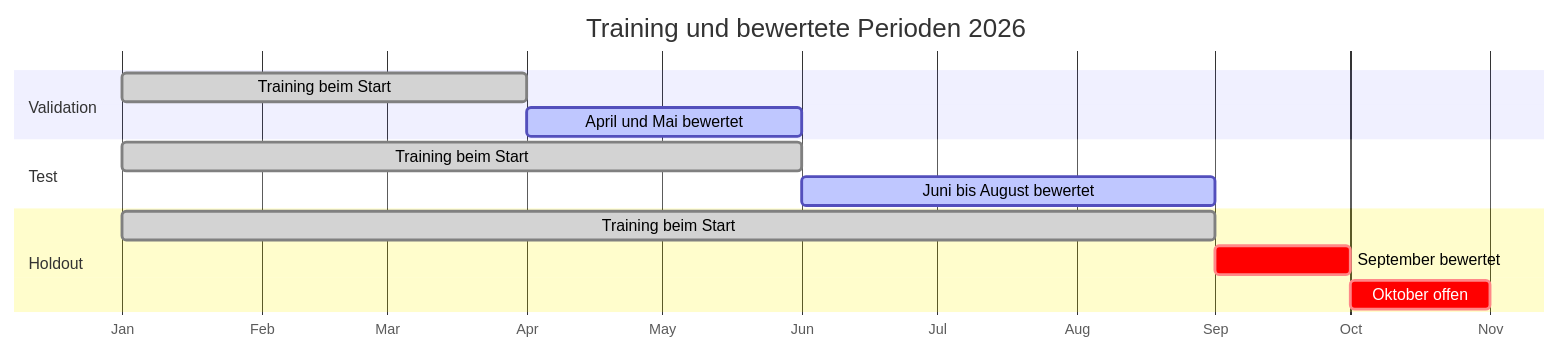
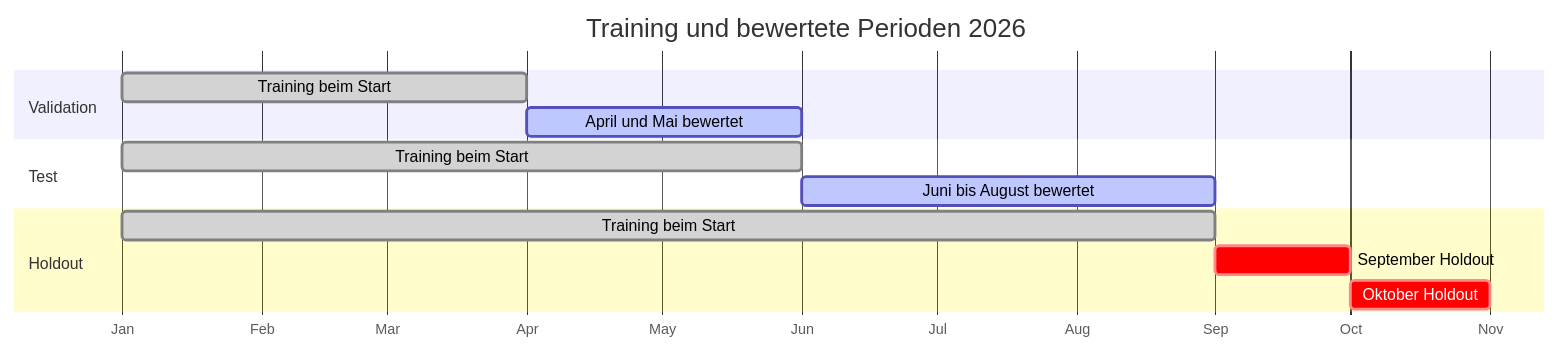
Before and after one commit to ibidreli/energy_price_prediction: the second of 2 diagrams in docs/training_pipeline.md, drawn with Mermaid. The commit also changed other lines of this file and 2 other files, not shown here.

````diff
--- a/docs/training_pipeline.md
+++ b/docs/training_pipeline.md
@@ -22,20 +22,20 @@
 ```mermaid
 gantt
     title Training und bewertete Perioden 2026
     dateFormat YYYY-MM-DD
     axisFormat %b
     tickInterval 1month
 
     section Validation
     Training beim Start      :done, 2026-01-01, 2026-04-01
     April und Mai bewertet   :active, 2026-04-01, 2026-06-01
 
     section Test
     Training beim Start      :done, 2026-01-01, 2026-06-01
     Juni bis August bewertet :active, 2026-06-01, 2026-09-01
 
     section Holdout
     Training beim Start      :done, 2026-01-01, 2026-09-01
-    September bewertet       :crit, 2026-09-01, 2026-10-01
-    Oktober offen            :crit, 2026-10-01, 2026-11-01
+    September Holdout        :crit, 2026-09-01, 2026-10-01
+    Oktober Holdout          :crit, 2026-10-01, 2026-11-01
 ```
````
